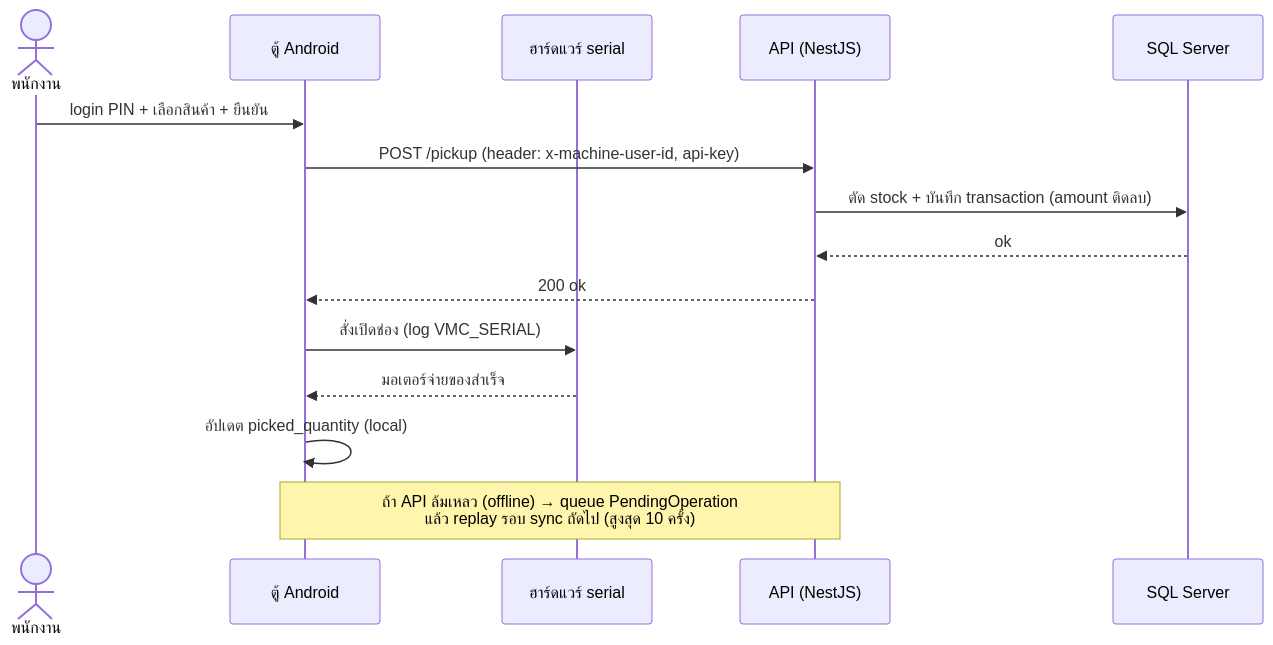
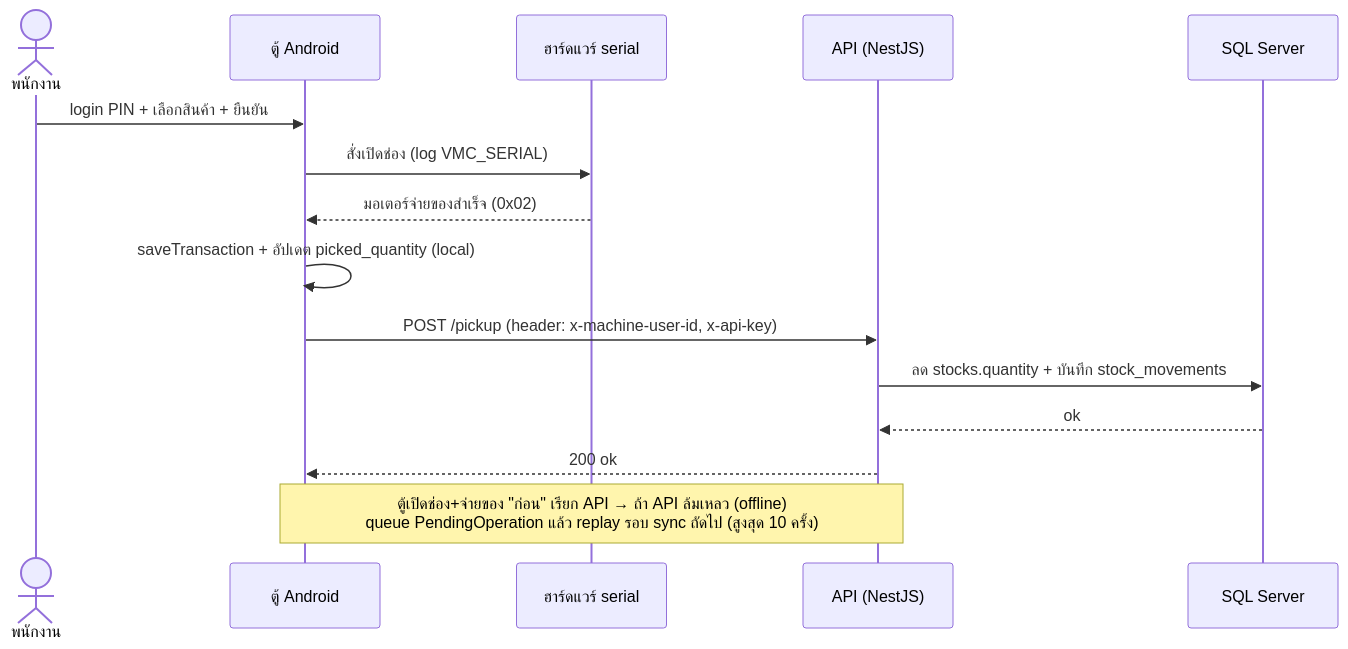
One commit to vending-machine-ttfts/vending-machine-docs changed the seventh of 8 diagrams in tech-team-handbook.md. Above: the diagram before and after it, drawn with Mermaid. The commit also changed other lines of this file, not shown here.

First line of the commit message:
docs(handbook): stock-schema rewrite + fact-verify corrections vs live source

````diff
--- a/tech-team-handbook.md
+++ b/tech-team-handbook.md
@@ -741,18 +743,18 @@
 ```mermaid
 sequenceDiagram
     actor U as พนักงาน
     participant K as ตู้ Android
     participant H as ฮาร์ดแวร์ serial
     participant A as API (NestJS)
     participant D as SQL Server
 
     U->>K: login PIN + เลือกสินค้า + ยืนยัน
-    K->>A: POST /pickup (header: x-machine-user-id, api-key)
-    A->>D: ตัด stock + บันทึก transaction (amount ติดลบ)
+    K->>H: สั่งเปิดช่อง (log VMC_SERIAL)
+    H-->>K: มอเตอร์จ่ายของสำเร็จ (0x02)
+    K->>K: saveTransaction + อัปเดต picked_quantity (local)
+    K->>A: POST /pickup (header: x-machine-user-id, x-api-key)
+    A->>D: ลด stocks.quantity + บันทึก stock_movements
     D-->>A: ok
     A-->>K: 200 ok
-    K->>H: สั่งเปิดช่อง (log VMC_SERIAL)
-    H-->>K: มอเตอร์จ่ายของสำเร็จ
-    K->>K: อัปเดต picked_quantity (local)
-    Note over K,A: ถ้า API ล้มเหลว (offline) → queue PendingOperation<br/>แล้ว replay รอบ sync ถัดไป (สูงสุด 10 ครั้ง)
+    Note over K,A: ตู้เปิดช่อง+จ่ายของ "ก่อน" เรียก API → ถ้า API ล้มเหลว (offline)<br/>queue PendingOperation แล้ว replay รอบ sync ถัดไป (สูงสุด 10 ครั้ง)
 ```
````
